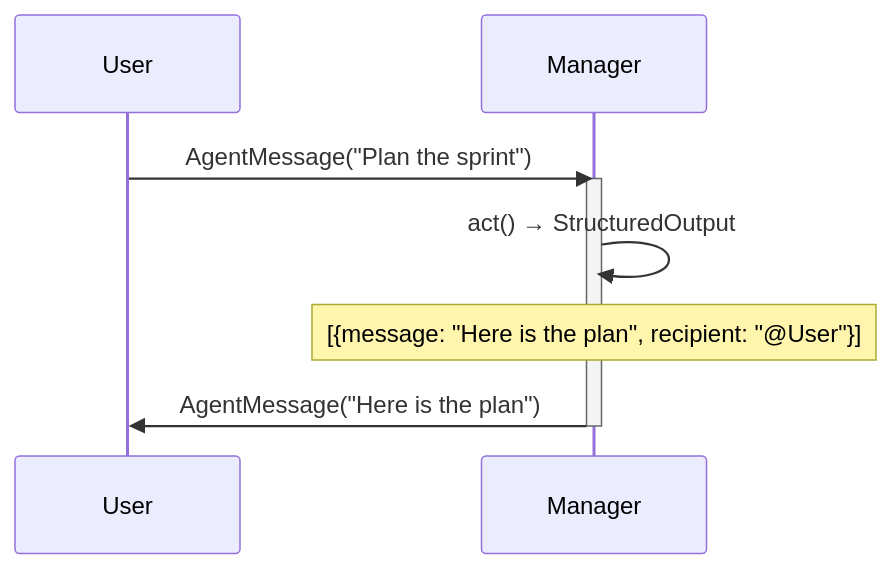
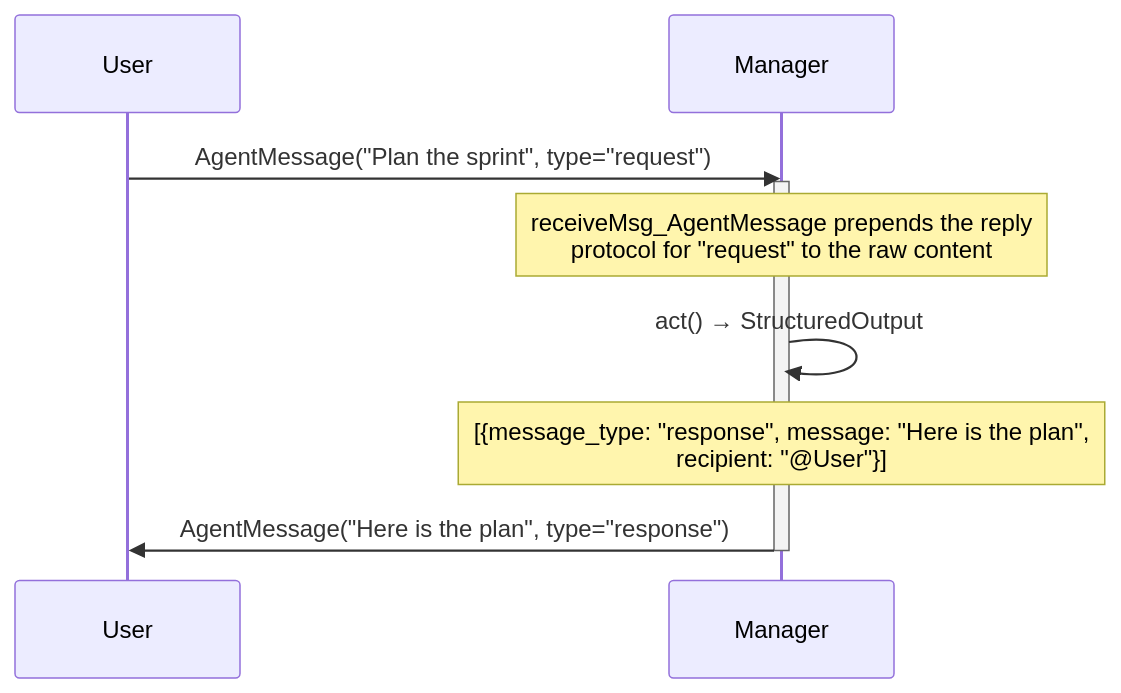
The second of 5 diagrams in docs/agent-collaboration.md (b12consulting/akgentic-agent), drawn with Mermaid before and after one commit. The commit also changed other lines of this file and 2 other files, not shown here.

First line of the commit message:
docs(akgentic-agent): epic 17 — architecture and README truth alignment (17-1 -> 17-3) (#83)

````diff
--- a/docs/agent-collaboration.md
+++ b/docs/agent-collaboration.md
@@ -349,12 +399,13 @@
 ```mermaid
 sequenceDiagram
     participant User
     participant Manager
 
-    User->>Manager: AgentMessage("Plan the sprint")
+    User->>Manager: AgentMessage("Plan the sprint", type="request")
     activate Manager
+    Note over Manager: receiveMsg_AgentMessage prepends the reply<br/>protocol for "request" to the raw content
     Manager->>Manager: act() → StructuredOutput
-    Note over Manager: [{message: "Here is the plan", recipient: "@User"}]
-    Manager->>User: AgentMessage("Here is the plan")
+    Note over Manager: [{message_type: "response", message: "Here is the plan",<br/>recipient: "@User"}]
+    Manager->>User: AgentMessage("Here is the plan", type="response")
     deactivate Manager
 ```
````
